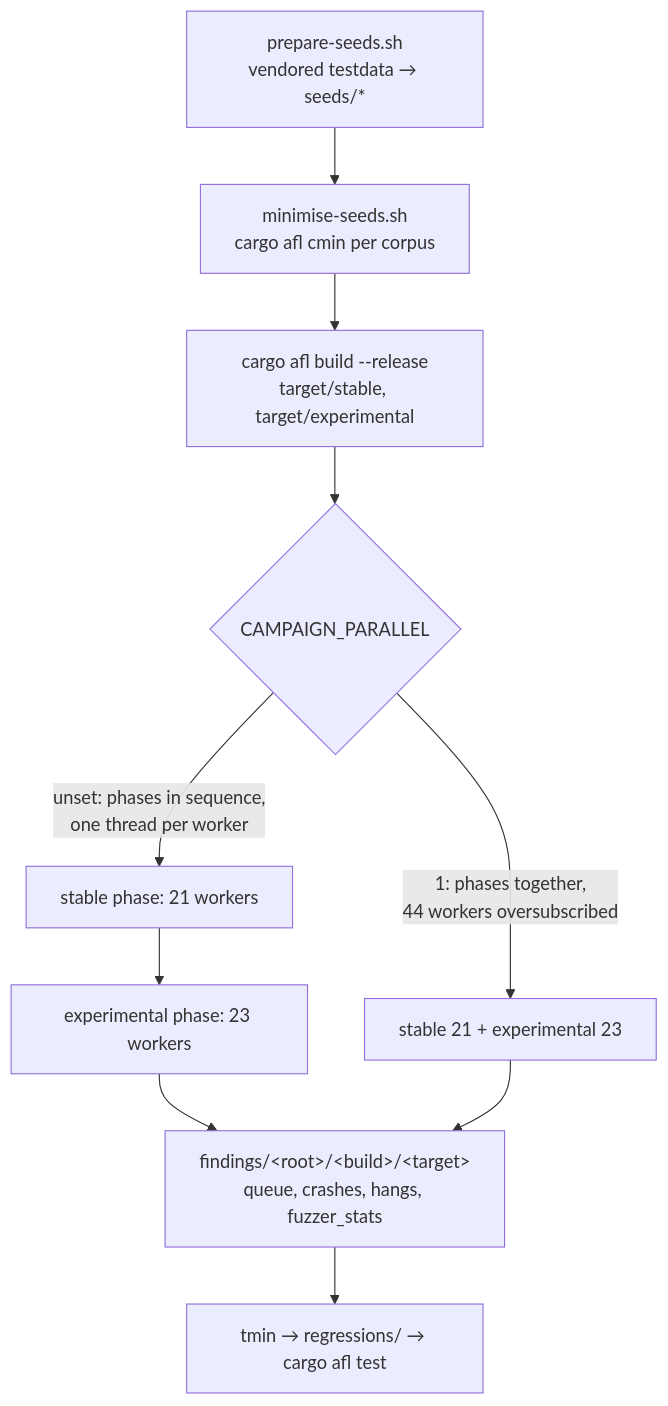
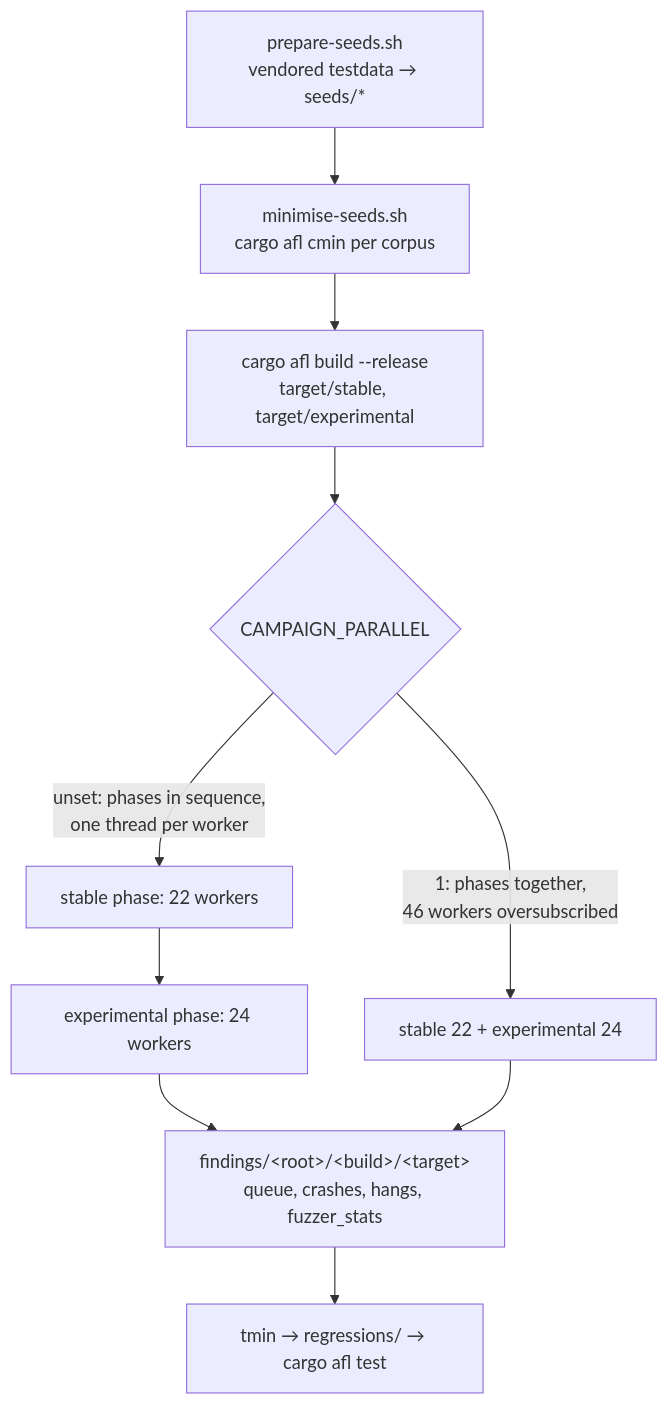
The sixth of 9 diagrams in architecture/fuzzing.md (Mnwa/mbrotli), drawn with Mermaid before and after one commit. The commit also changed other lines of this file and 20 other files, not shown here.

````diff
--- a/architecture/fuzzing.md
+++ b/architecture/fuzzing.md
@@ -277,13 +282,13 @@
 ```mermaid
 flowchart TD
     Prepare["prepare-seeds.sh<br/>vendored testdata → seeds/*"] --> Minimise
     Minimise["minimise-seeds.sh<br/>cargo afl cmin per corpus"] --> Builds
     Builds["cargo afl build --release<br/>target/stable, target/experimental"] --> Choice
     Choice{"CAMPAIGN_PARALLEL"}
     Choice -->|"unset: phases in sequence,<br/>one thread per worker"| Stable
-    Choice -->|"1: phases together,<br/>44 workers oversubscribed"| Both
-    Stable["stable phase: 21 workers"] --> Experimental["experimental phase: 23 workers"]
+    Choice -->|"1: phases together,<br/>46 workers oversubscribed"| Both
+    Stable["stable phase: 22 workers"] --> Experimental["experimental phase: 24 workers"]
     Experimental --> Findings
-    Both["stable 21 + experimental 23"] --> Findings
+    Both["stable 22 + experimental 24"] --> Findings
     Findings["findings/&lt;root&gt;/&lt;build&gt;/&lt;target&gt;<br/>queue, crashes, hangs, fuzzer_stats"] --> Triage["tmin → regressions/ → cargo afl test"]
 ```
````
